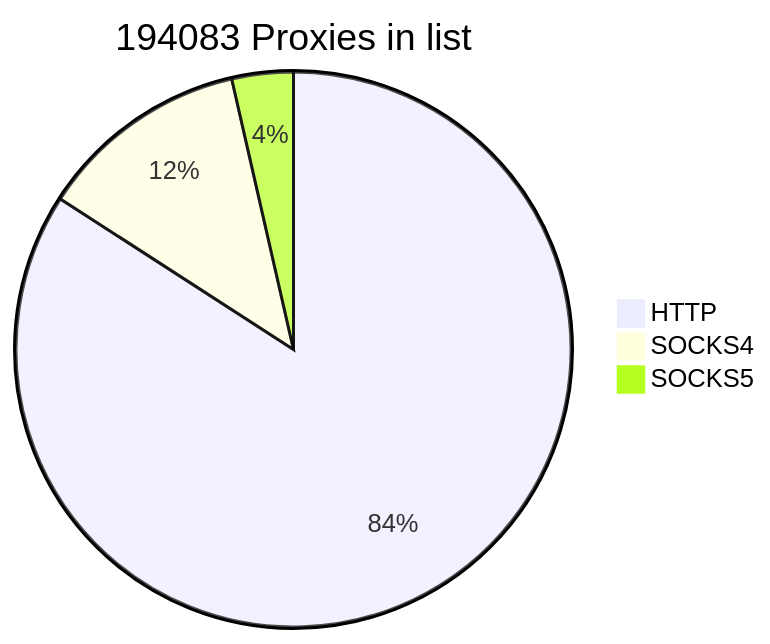
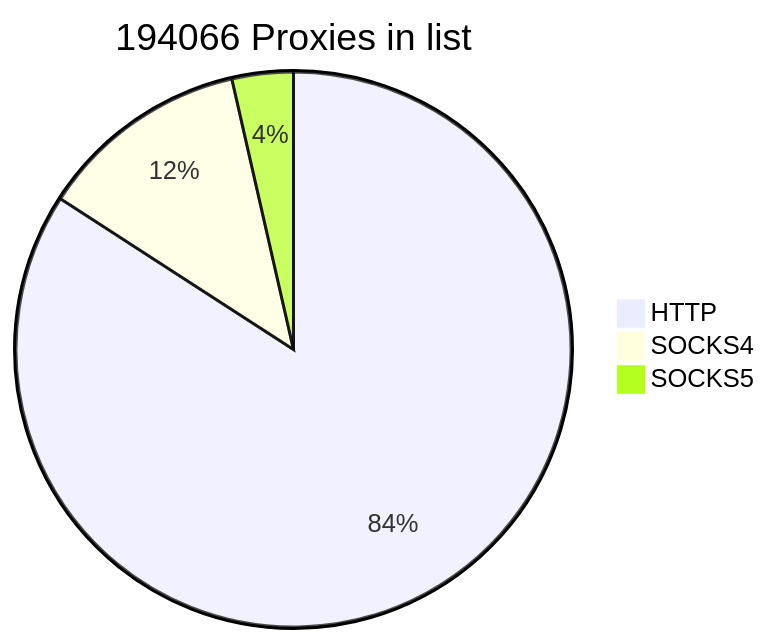
The first of 2 diagrams in README.md (cutipu/proxylist), drawn with Mermaid before and after one commit. The commit also changed other lines of this file, not shown here.

````diff
--- a/README.md
+++ b/README.md
@@ -2,7 +2,7 @@
 ```mermaid
-pie title 194083 Proxies in list
-    "HTTP" : 163277
-    "SOCKS4" : 23872
-    "SOCKS5" : 6934
+pie title 194066 Proxies in list
+    "HTTP" : 163276
+    "SOCKS4" : 23870
+    "SOCKS5" : 6920
             
 ```
````
